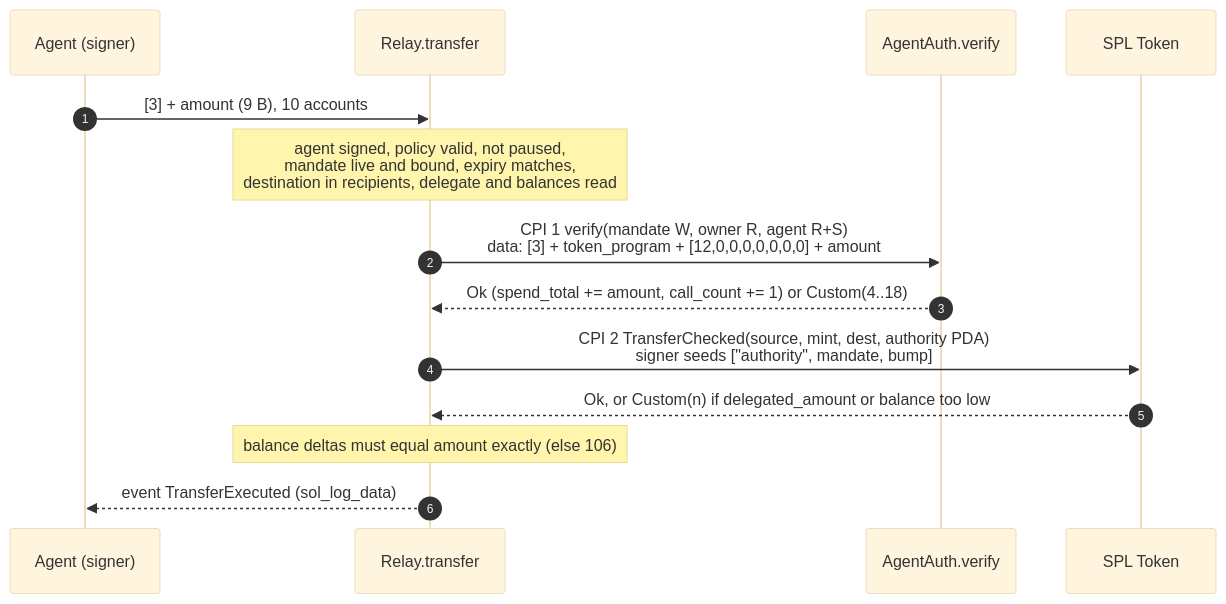
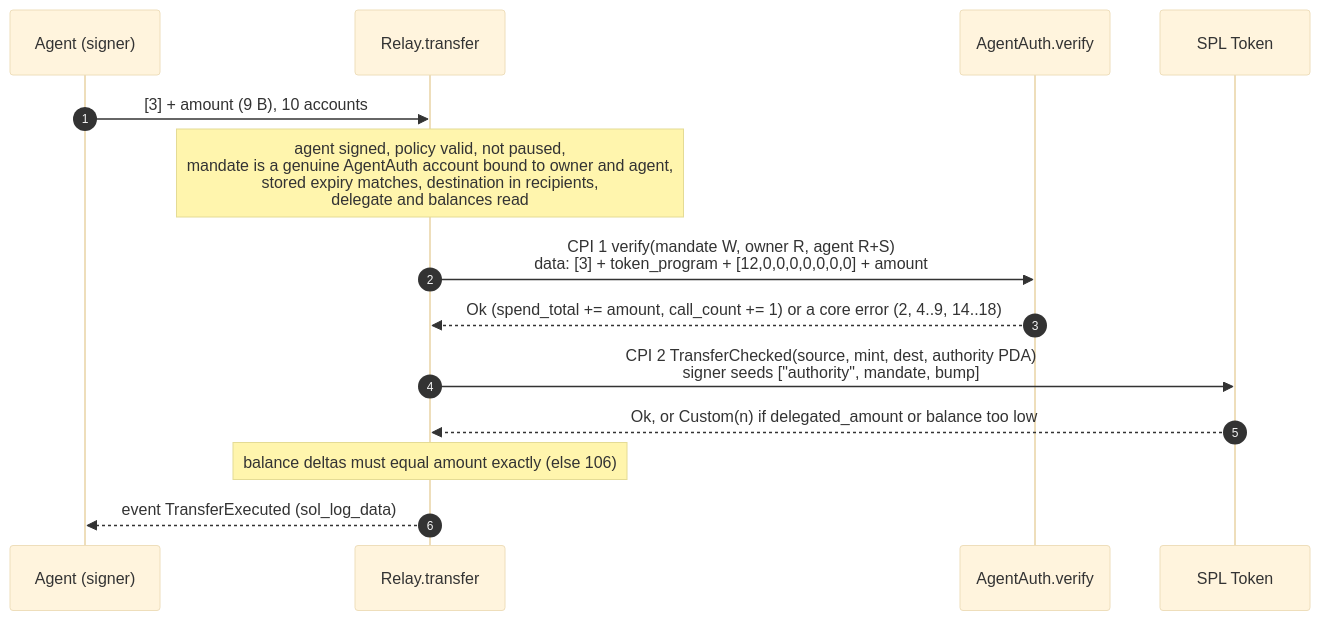
The fourth of 5 diagrams in docs/ARCHITECTURE.md (Turbin3/accel-AgentAuth), drawn with Mermaid (base theme) before and after one commit. The commit also changed other lines of this file and 7 other files, not shown here.

Commit message:
docs: benchmarks from final metrics (re-run numbers, gate/re-run differences flagged, live-cluster rent), spec/integrating/architecture conformance fixes with re-rendered diagrams

````diff
--- a/docs/ARCHITECTURE.md
+++ b/docs/ARCHITECTURE.md
@@ -110,16 +111,16 @@
 ```mermaid
 sequenceDiagram
   autonumber
   participant A as Agent (signer)
   participant R as Relay.transfer
   participant C as AgentAuth.verify
   participant T as SPL Token
   A->>R: [3] + amount (9 B), 10 accounts
-  Note over R: agent signed, policy valid, not paused,<br/>mandate live and bound, expiry matches,<br/>destination in recipients, delegate and balances read
+  Note over R: agent signed, policy valid, not paused,<br/>mandate is a genuine AgentAuth account bound to owner and agent,<br/>stored expiry matches, destination in recipients,<br/>delegate and balances read
   R->>C: CPI 1 verify(mandate W, owner R, agent R+S)<br/>data: [3] + token_program + [12,0,0,0,0,0,0,0] + amount
-  C-->>R: Ok (spend_total += amount, call_count += 1) or Custom(4..18)
+  C-->>R: Ok (spend_total += amount, call_count += 1) or a core error (2, 4..9, 14..18)
   R->>T: CPI 2 TransferChecked(source, mint, dest, authority PDA)<br/>signer seeds ["authority", mandate, bump]
   T-->>R: Ok, or Custom(n) if delegated_amount or balance too low
   Note over R: balance deltas must equal amount exactly (else 106)
   R-->>A: event TransferExecuted (sol_log_data)
 ```
````
